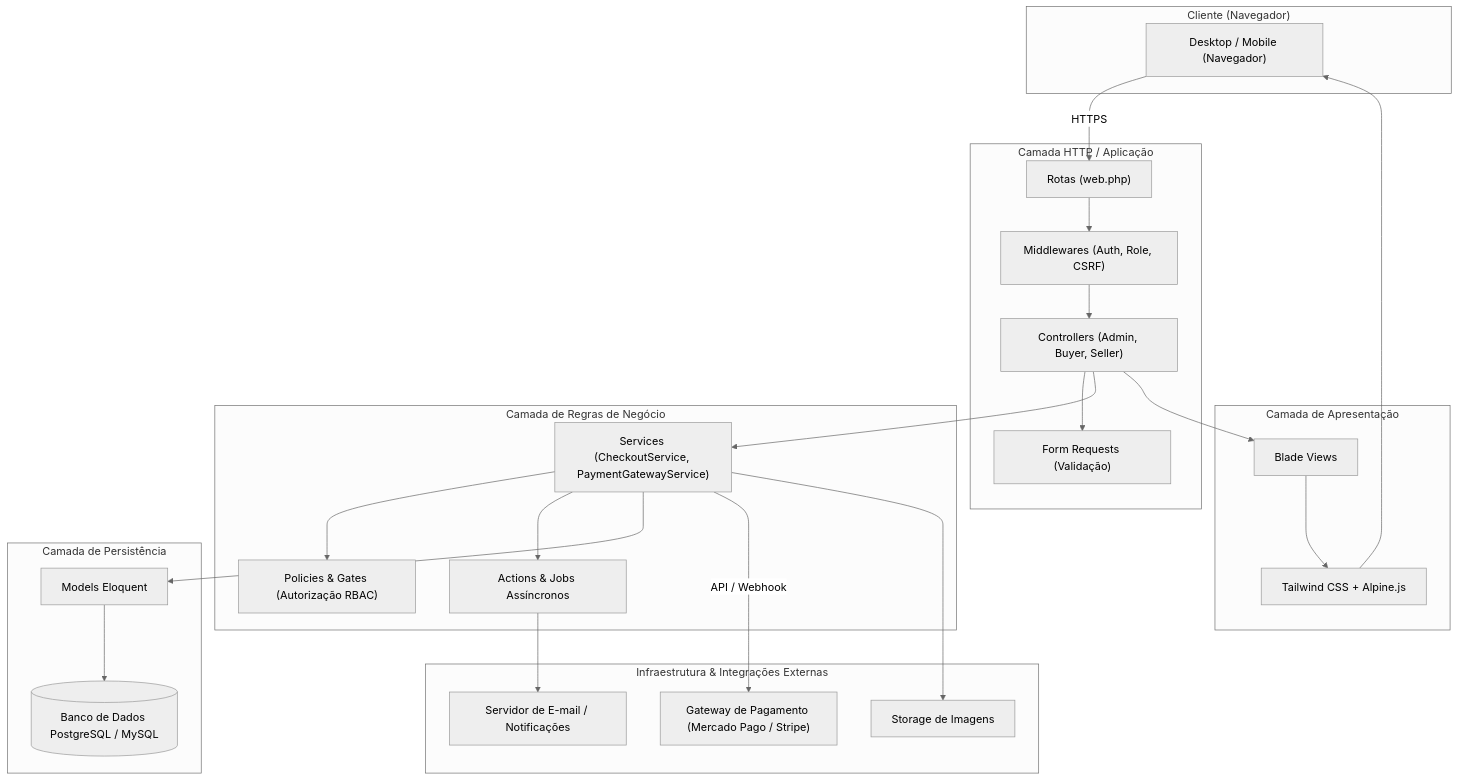
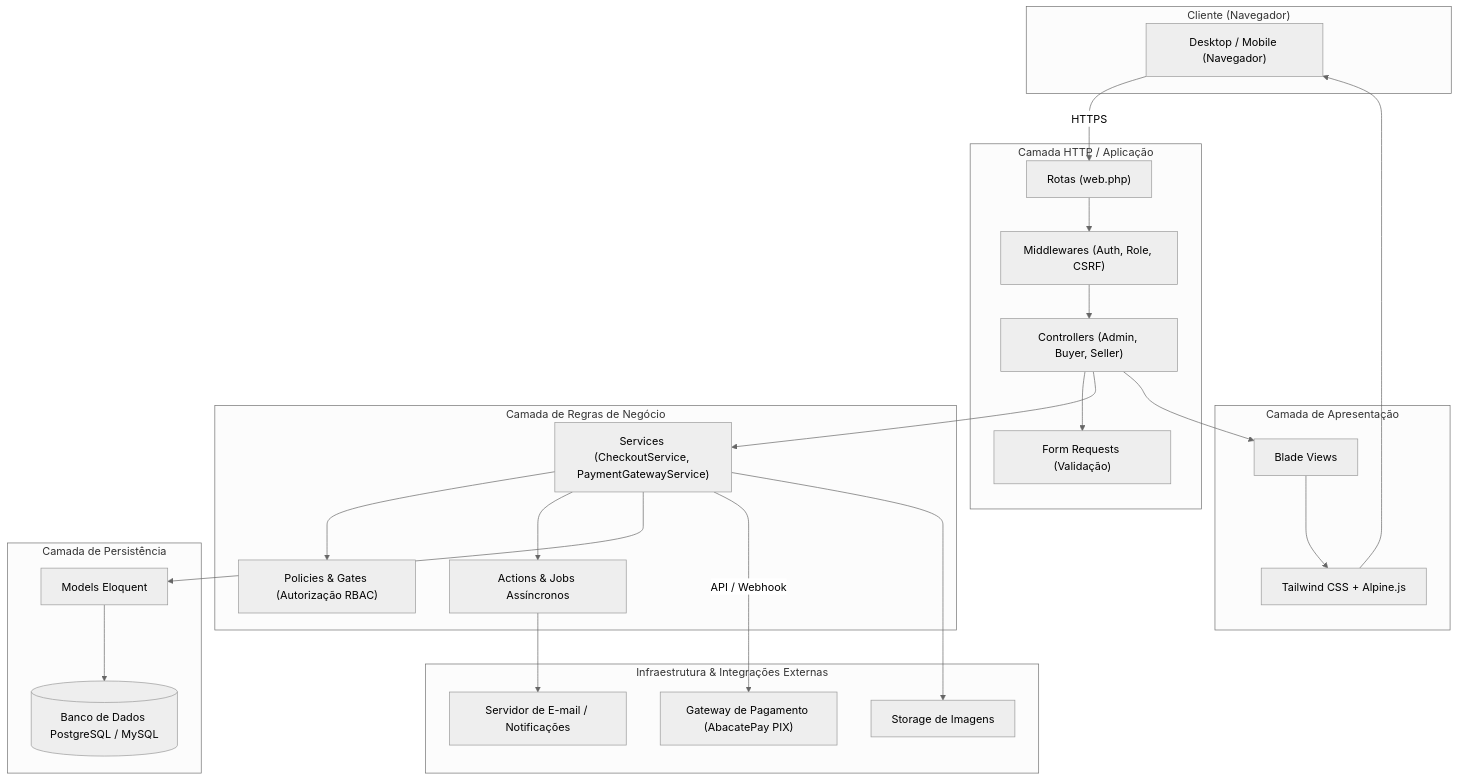
One commit to IgorMarcoli/TheMerchant changed the first of 3 diagrams in README.md. Above: the diagram before and after it, drawn with Mermaid (neutral theme). The commit also changed other lines of this file and 45 other files, not shown here.

First line of the commit message:
feat(checkout): reservas com expiracao e pagamento PIX via AbacatePay

````diff
--- a/README.md
+++ b/README.md
@@ -214,51 +214,51 @@
 ```mermaid
 flowchart TD
     subgraph Client["Cliente (Navegador)"]
         Browser["Desktop / Mobile (Navegador)"]
     end
 
     subgraph Presentation["Camada de Apresentação"]
         Blade["Blade Views"]
         Tailwind["Tailwind CSS + Alpine.js"]
     end
 
     subgraph HttpLayer["Camada HTTP / Aplicação"]
         Routes["Rotas (web.php)"]
         Middleware["Middlewares (Auth, Role, CSRF)"]
         Controllers["Controllers (Admin, Buyer, Seller)"]
         Requests["Form Requests (Validação)"]
     end
 
     subgraph BusinessLayer["Camada de Regras de Negócio"]
         Services["Services (CheckoutService, PaymentGatewayService)"]
         Actions["Actions & Jobs Assíncronos"]
         Policies["Policies & Gates (Autorização RBAC)"]
     end
 
     subgraph PersistenceLayer["Camada de Persistência"]
         Models["Models Eloquent"]
         DB[(Banco de Dados PostgreSQL / MySQL)]
     end
 
     subgraph ExternalInfra["Infraestrutura & Integrações Externas"]
-        Gateway["Gateway de Pagamento (Mercado Pago / Stripe)"]
+        Gateway["Gateway de Pagamento (AbacatePay PIX)"]
         Storage["Storage de Imagens"]
         MailService["Servidor de E-mail / Notificações"]
     end
 
     Browser -->|HTTPS| Routes
     Routes --> Middleware
     Middleware --> Controllers
     Controllers --> Requests
     Controllers --> Services
     Services --> Policies
     Services --> Actions
     Services --> Models
     Models --> DB
     Services -->|API / Webhook| Gateway
     Services --> Storage
     Actions --> MailService
     Controllers --> Blade
     Blade --> Tailwind
     Tailwind --> Browser
 ```
````
